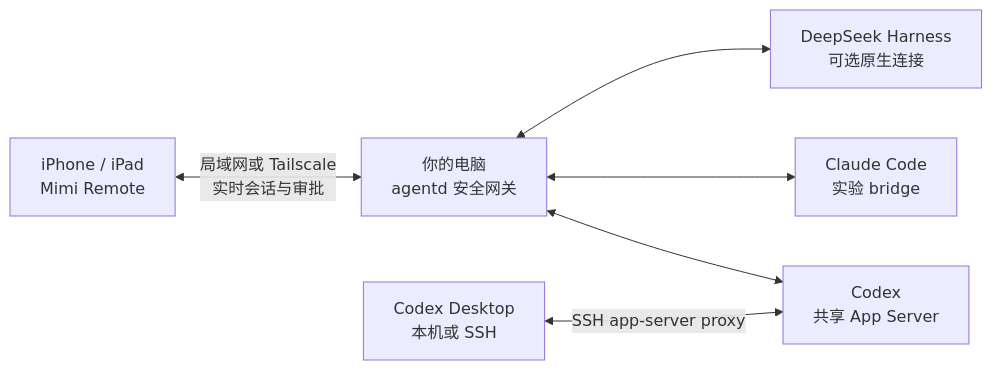
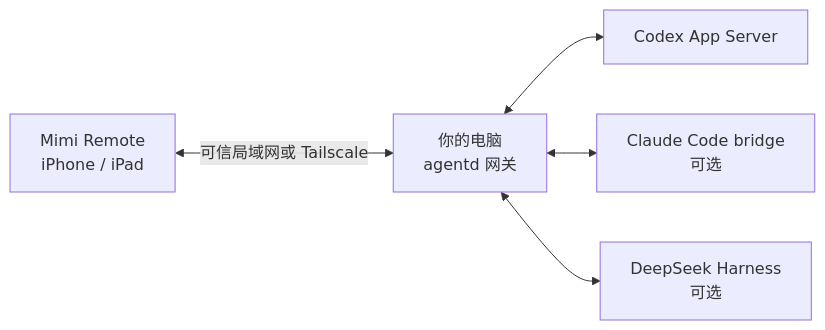
One commit to gaixianggeng/mimi-remote changed the diagram in README.zh-CN.md. Above: the diagram before and after it, drawn with Mermaid. The commit also changed other lines of this file and 1 other file, not shown here.

````diff
--- a/README.zh-CN.md
+++ b/README.zh-CN.md
@@ -107,15 +54,7 @@
 ```mermaid
 flowchart LR
-    Mobile["iPhone / iPad<br/>Mimi Remote"]
-    Gateway["你的电脑<br/>agentd 安全网关"]
-    Codex["Codex<br/>共享 App Server"]
-    Desktop["Codex Desktop<br/>本机或 SSH"]
-    Claude["Claude Code<br/>实验 bridge"]
-    DeepSeek["DeepSeek Harness<br/>可选原生连接"]
-
-    Mobile <-->|"局域网或 Tailscale<br/>实时会话与审批"| Gateway
-    Gateway <--> Codex
-    Desktop <-->|"SSH app-server proxy"| Codex
-    Gateway <--> Claude
-    Gateway <--> DeepSeek
+    Mobile["Mimi Remote<br/>iPhone / iPad"] <-->|"可信局域网或 Tailscale"| Host["你的电脑<br/>agentd 网关"]
+    Host <--> Codex["Codex App Server"]
+    Host <--> Claude["Claude Code bridge<br/>可选"]
+    Host <--> DeepSeek["DeepSeek Harness<br/>可选"]
 ```
````
